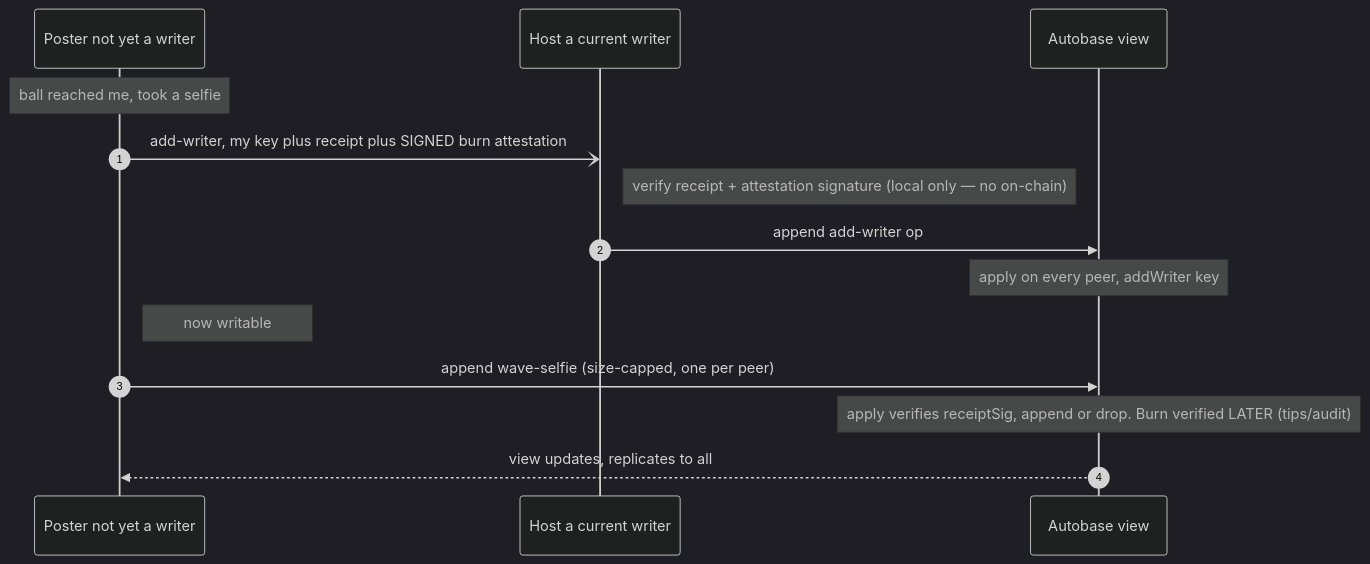
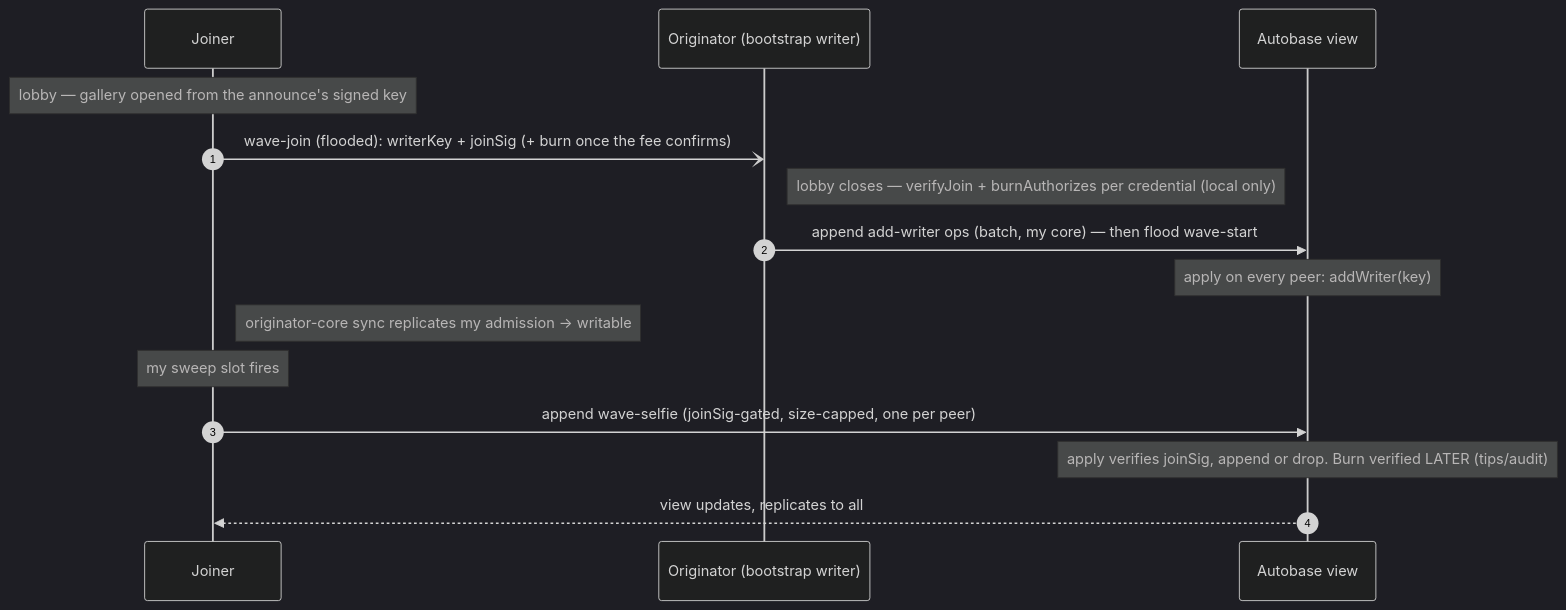
Before and after one commit to mnaamani/hyper-wave: the fifth of 5 diagrams in docs/protocol.md, drawn with Mermaid (dark theme). The commit also changed other lines of this file and 5 other files, not shown here.

First line of the commit message:
docs: sync the spec + guides to the sweep protocol (sweep phase 6)

````diff
--- a/docs/protocol.md
+++ b/docs/protocol.md
@@ -731,16 +661,17 @@
 ```mermaid
 sequenceDiagram
   autonumber
-  participant P as Poster not yet a writer
-  participant H as Host a current writer
+  participant P as Joiner
+  participant O as Originator (bootstrap writer)
   participant AB as Autobase view
-  Note over P: ball reached me, took a selfie
-  P-)H: add-writer, my key plus receipt plus SIGNED burn attestation
-  Note right of H: verify receipt + attestation signature (local only — no on-chain)
-  H->>AB: append add-writer op
-  Note over AB: apply on every peer, addWriter key
-  Note right of P: now writable
-  P->>AB: append wave-selfie (size-capped, one per peer)
-  Note over AB: apply verifies receiptSig, append or drop.  Burn verified LATER (tips/audit)
+  Note over P: lobby — gallery opened from the announce's signed key
+  P-)O: wave-join (flooded): writerKey + joinSig (+ burn once the fee confirms)
+  Note right of O: lobby closes — verifyJoin + burnAuthorizes per credential (local only)
+  O->>AB: append add-writer ops (batch, my core) — then flood wave-start
+  Note over AB: apply on every peer: addWriter(key)
+  Note right of P: originator-core sync replicates my admission → writable
+  Note over P: my sweep slot fires
+  P->>AB: append wave-selfie (joinSig-gated, size-capped, one per peer)
+  Note over AB: apply verifies joinSig, append or drop. Burn verified LATER (tips/audit)
   AB-->>P: view updates, replicates to all
 ```
````
